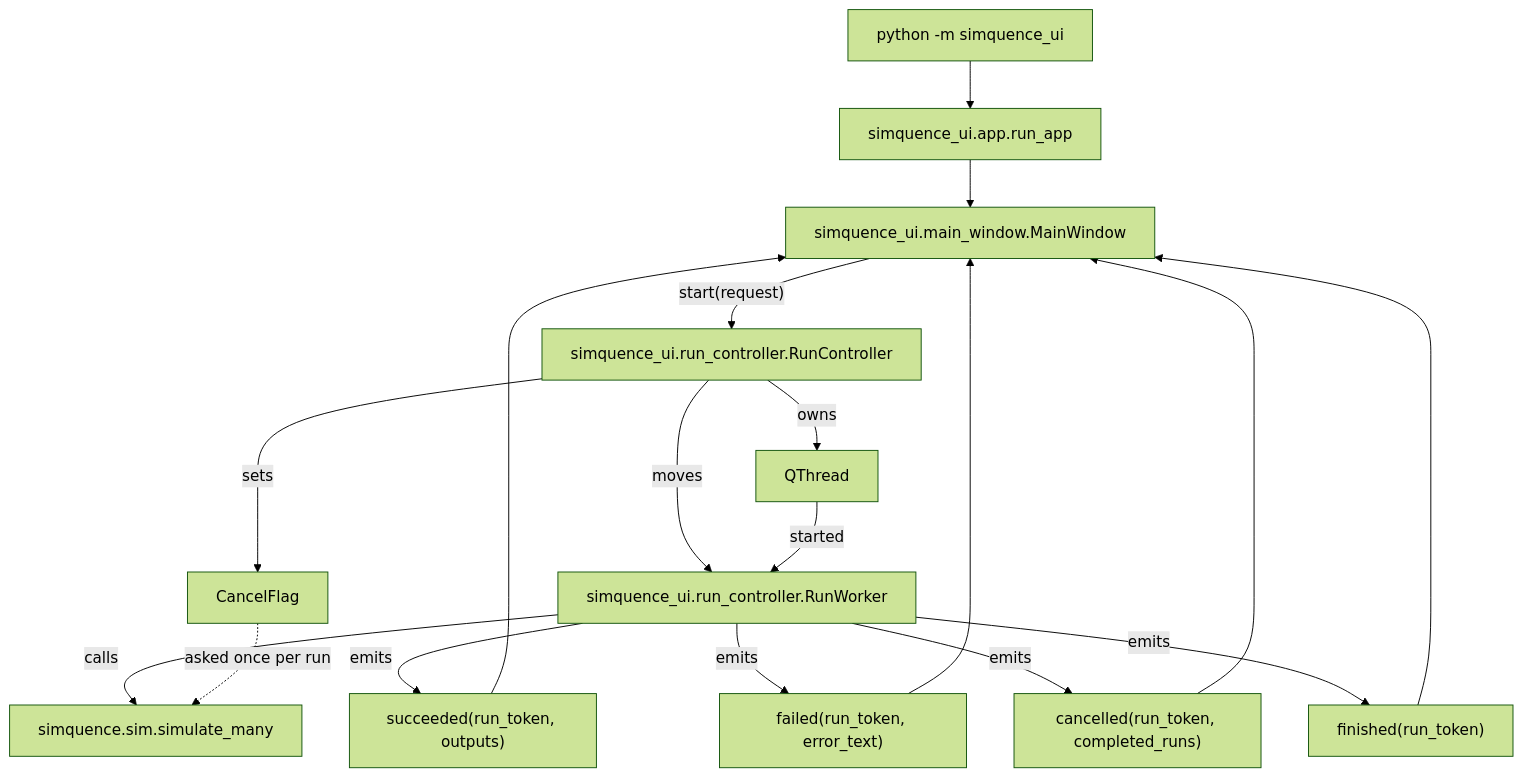
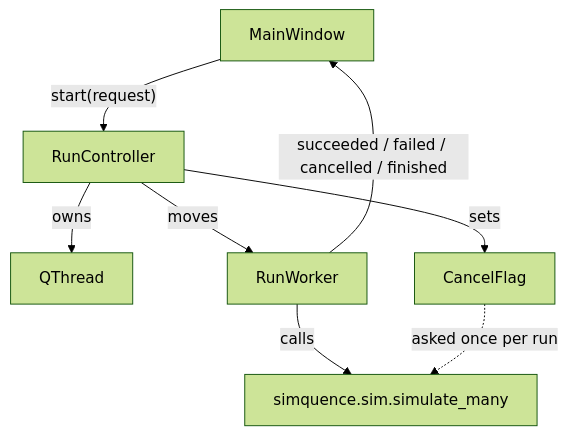
Before and after one commit to oernster/Simquence: the second of 2 diagrams in ARCHITECTURE.md, drawn with Mermaid (forest theme). The commit also changed other lines of this file and 14 other files, not shown here.

````diff
--- a/ARCHITECTURE.md
+++ b/ARCHITECTURE.md
@@ -163,23 +70,10 @@
 ```mermaid
 flowchart TD
-  UIEntry[python -m simquence_ui] --> App[simquence_ui.app.run_app]
-  App --> MW[simquence_ui.main_window.MainWindow]
-
-  MW -->|"start(request)"| RC[simquence_ui.run_controller.RunController]
+  MW[MainWindow] -->|"start(request)"| RC[RunController]
   RC -->|owns| QT[QThread]
-  RC -->|moves| RW[simquence_ui.run_controller.RunWorker]
-  RC -->|"sets"| CF[CancelFlag]
-
-  QT -->|started| RW
+  RC -->|moves| RW[RunWorker]
+  RC -->|sets| CF[CancelFlag]
   RW -->|calls| CoreSim[simquence.sim.simulate_many]
-  CF -.->|"asked once per run"| CoreSim
-  RW -->|emits| SigOK["succeeded(run_token, outputs)"]
-  RW -->|emits| SigFail["failed(run_token, error_text)"]
-  RW -->|emits| SigCancel["cancelled(run_token, completed_runs)"]
-  RW -->|emits| SigDone["finished(run_token)"]
-
-  SigOK --> MW
-  SigFail --> MW
-  SigCancel --> MW
-  SigDone --> MW
+  CF -.->|asked once per run| CoreSim
+  RW -->|"succeeded / failed / cancelled / finished"| MW
 ```
````
